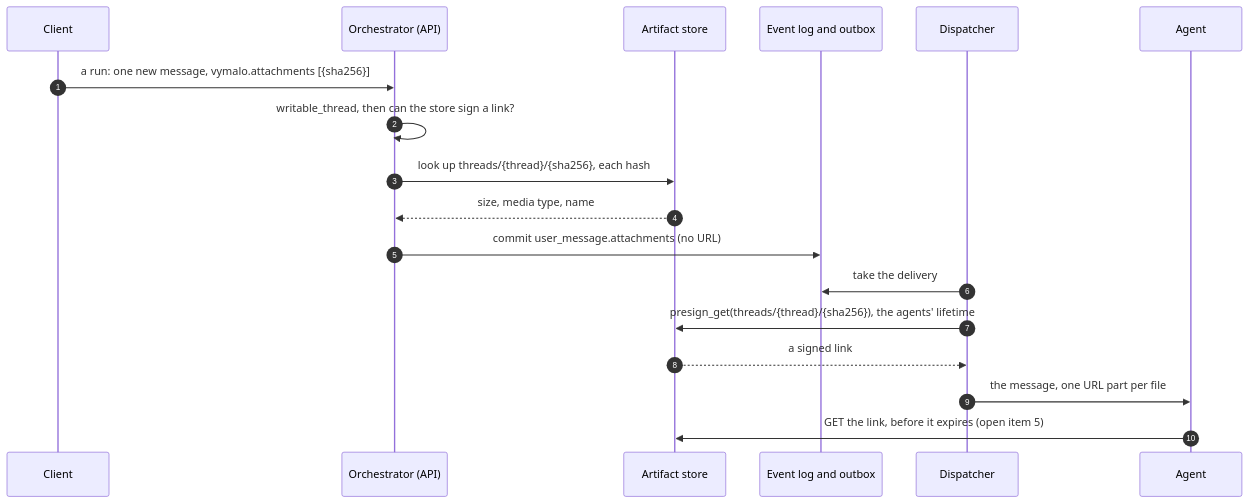
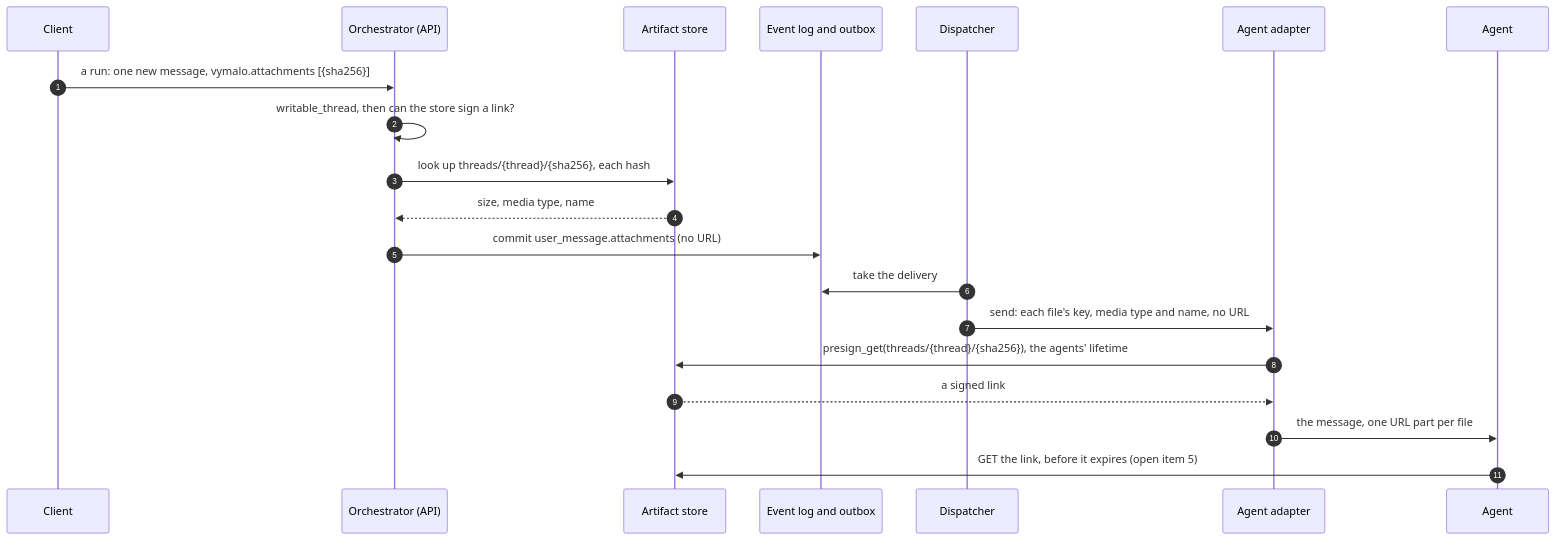
The second of 3 diagrams in docs/api/attachments.md (vymalo/another-agentic-system), drawn with Mermaid before and after one commit. The commit also changed other lines of this file and 56 other files, not shown here.

First line of the commit message:
feat(agent): a message\x27s files reach the agent as URL parts, never bytes (ANR-1434)

````diff
--- a/docs/api/attachments.md
+++ b/docs/api/attachments.md
@@ -185,22 +186,24 @@
 ```mermaid
 sequenceDiagram
   accTitle: Interaction: a named message hands the file to the agent
   autonumber
   participant C as Client
   participant O as Orchestrator (API)
   participant S as Artifact store
   participant L as Event log and outbox
   participant D as Dispatcher
+  participant X as Agent adapter
   participant A as Agent
 
   C->>O: a run: one new message, vymalo.attachments [{sha256}]
   O->>O: writable_thread, then can the store sign a link?
   O->>S: look up threads/{thread}/{sha256}, each hash
   S-->>O: size, media type, name
   O->>L: commit user_message.attachments (no URL)
   D->>L: take the delivery
-  D->>S: presign_get(threads/{thread}/{sha256}), the agents' lifetime
-  S-->>D: a signed link
-  D->>A: the message, one URL part per file
+  D->>X: send: each file's key, media type and name, no URL
+  X->>S: presign_get(threads/{thread}/{sha256}), the agents' lifetime
+  S-->>X: a signed link
+  X->>A: the message, one URL part per file
   A->>S: GET the link, before it expires (open item 5)
 ```
````
